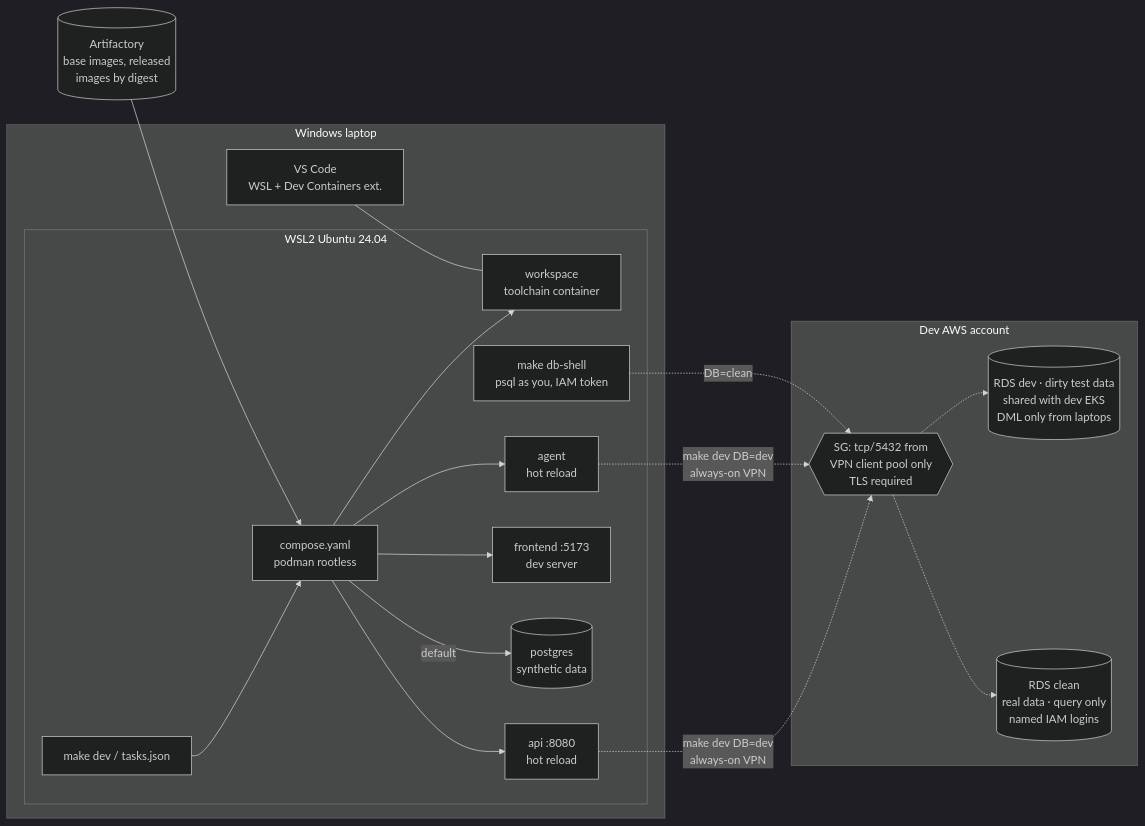
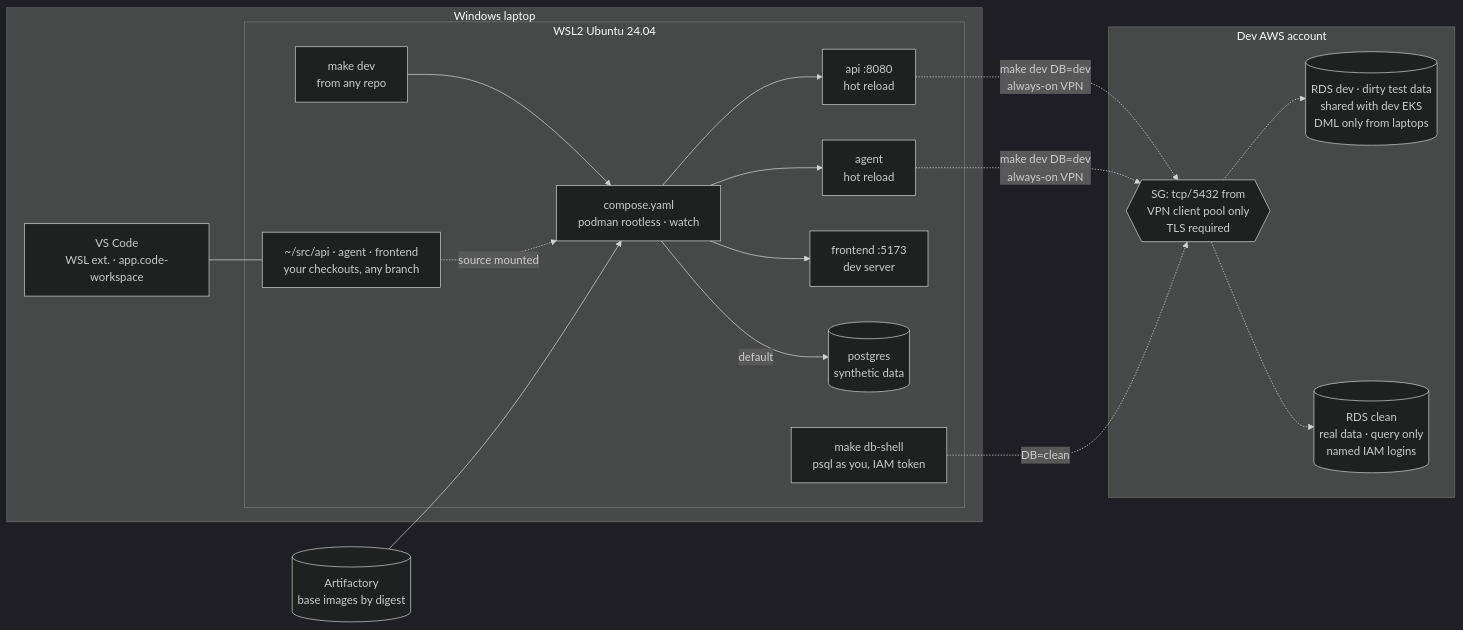
The diagram in docs/proposal/local-development.md (sholtomaud/GHES-EKS-zero-downtime-deployments), drawn with Mermaid (dark theme) before and after one commit. The commit also changed other lines of this file and 3 other files, not shown here.

First line of the commit message:
Local dev: one make dev across the three repos, no Dev Container

````diff
--- a/docs/proposal/local-development.md
+++ b/docs/proposal/local-development.md
@@ -47,24 +76,25 @@
 ```mermaid
 flowchart LR
   subgraph win[Windows laptop]
-    vsc[VS Code<br/>WSL + Dev Containers ext.]
+    vsc[VS Code<br/>WSL ext. · app.code-workspace]
     subgraph wsl[WSL2 Ubuntu 24.04]
-      make[make dev / tasks.json] --> compose[compose.yaml<br/>podman rootless]
-      compose --> ws[workspace<br/>toolchain container]
+      repos[~/src/api · agent · frontend<br/>your checkouts, any branch]
+      make[make dev<br/>from any repo] --> compose[compose.yaml<br/>podman rootless · watch]
+      repos -. source mounted .-> compose
       compose --> api[api :8080<br/>hot reload]
       compose --> agent[agent<br/>hot reload]
       compose --> fe[frontend :5173<br/>dev server]
       compose -->|default| pg[(postgres<br/>synthetic data)]
       shell[make db-shell<br/>psql as you, IAM token]
     end
-    vsc --- ws
+    vsc --- repos
   end
   subgraph aws[Dev AWS account]
     sg{{SG: tcp/5432 from<br/>VPN client pool only<br/>TLS required}}
     dev[(RDS dev · dirty test data<br/>shared with dev EKS<br/>DML only from laptops)]
     clean[(RDS clean<br/>real data · query only<br/>named IAM logins)]
   end
   api & agent -.->|make dev DB=dev<br/>always-on VPN| sg -.-> dev
   shell -.->|DB=clean| sg -.-> clean
-  art[(Artifactory<br/>base images, released<br/>images by digest)] --> compose
+  art[(Artifactory<br/>base images by digest)] --> compose
 ```
````
